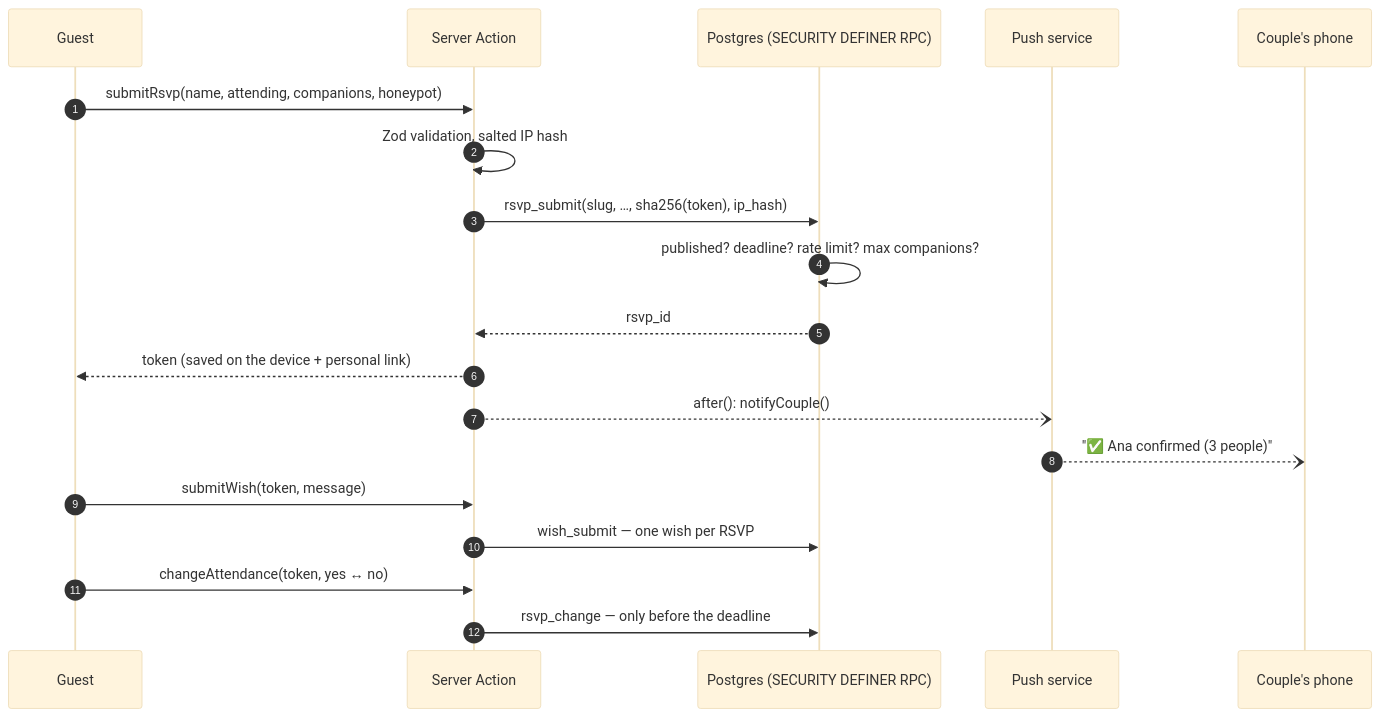
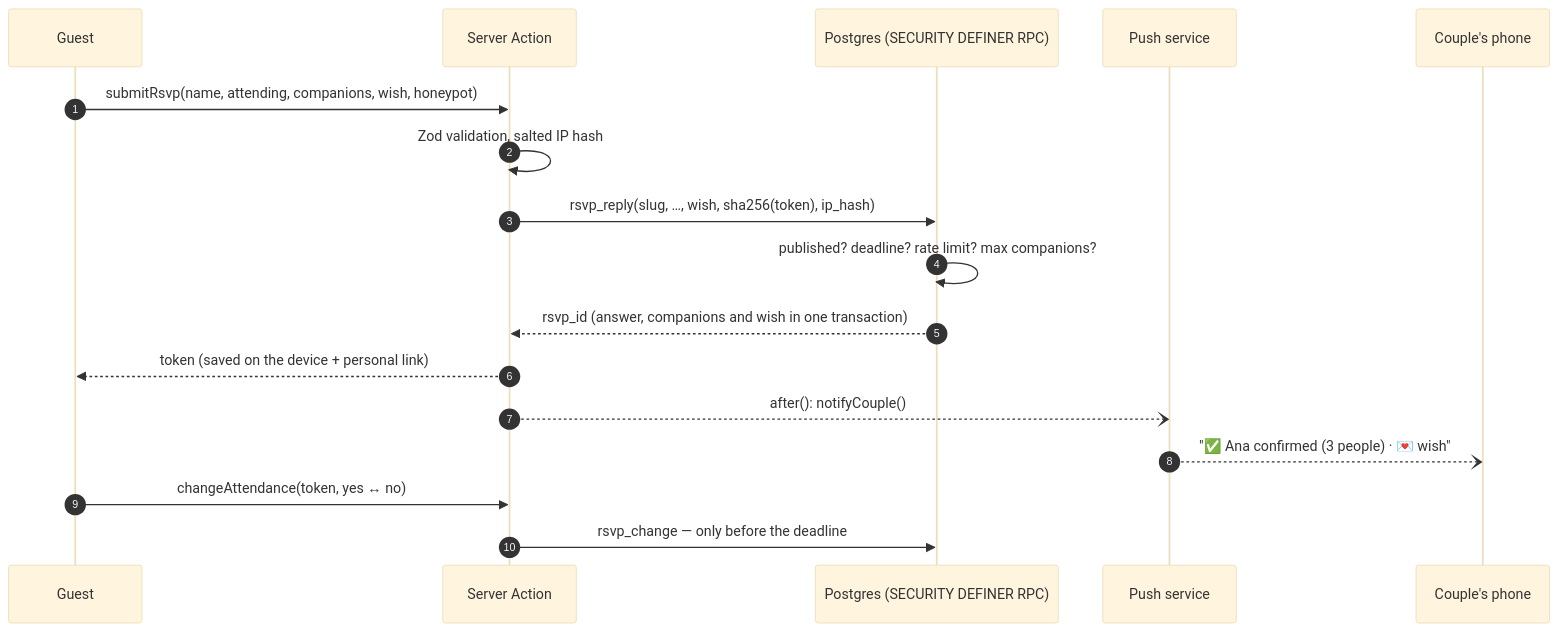
Before and after one commit to Daniiel18/plataforma-bodas: the second of 2 diagrams in docs/architecture.md, drawn with Mermaid (base theme). The commit also changed other lines of this file and 30 other files, not shown here.

First line of the commit message:
feat: single reply with wish, live dashboard, sharing, Zelle and content previews

````diff
--- a/docs/architecture.md
+++ b/docs/architecture.md
@@ -84,22 +84,20 @@
 ```mermaid
 sequenceDiagram
   autonumber
   participant G as Guest
   participant A as Server Action
   participant DB as Postgres (SECURITY DEFINER RPC)
   participant P as Push service
   participant C as Couple's phone
 
-  G->>A: submitRsvp(name, attending, companions, honeypot)
+  G->>A: submitRsvp(name, attending, companions, wish, honeypot)
   A->>A: Zod validation, salted IP hash
-  A->>DB: rsvp_submit(slug, …, sha256(token), ip_hash)
+  A->>DB: rsvp_reply(slug, …, wish, sha256(token), ip_hash)
   DB->>DB: published? deadline? rate limit? max companions?
-  DB-->>A: rsvp_id
+  DB-->>A: rsvp_id (answer, companions and wish in one transaction)
   A-->>G: token (saved on the device + personal link)
   A--)P: after(): notifyCouple()
-  P--)C: "✅ Ana confirmed (3 people)"
-  G->>A: submitWish(token, message)
-  A->>DB: wish_submit — one wish per RSVP
+  P--)C: "✅ Ana confirmed (3 people) · 💌 wish"
   G->>A: changeAttendance(token, yes ↔ no)
   A->>DB: rsvp_change — only before the deadline
 ```
````
